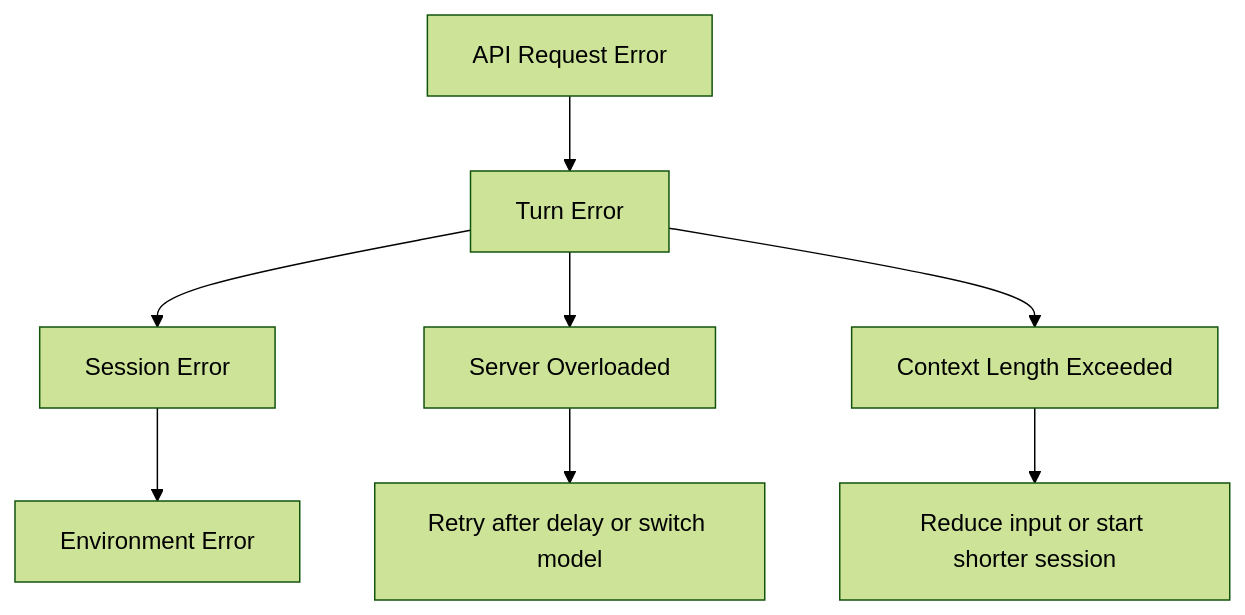
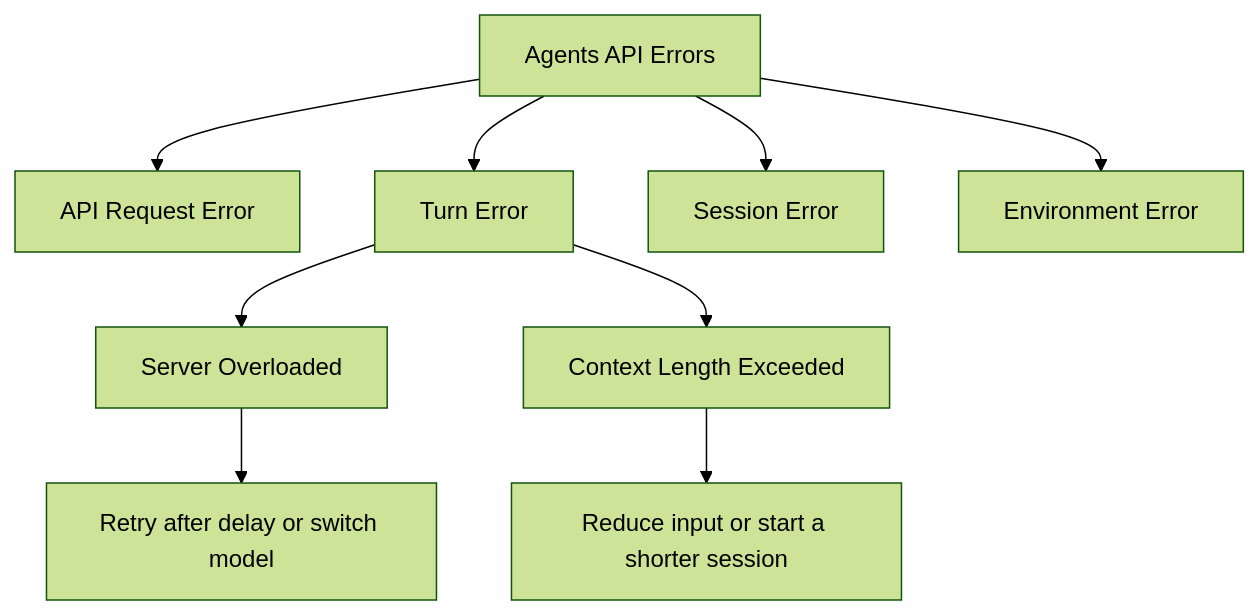
One commit to mfontenele/contentforge-blog changed the diagram in content/posts/2026-11-23-openai-codex-reliability-error-handling-and-recovery-patterns.md. Above: the diagram before and after it, drawn with Mermaid (forest theme). The commit also changed other lines of this file, not shown here.

Commit message:
fix(content): revise post - OpenAI Codex: Error Handling and Recovery Patterns

````diff
--- a/content/posts/2026-11-23-openai-codex-reliability-error-handling-and-recovery-patterns.md
+++ b/content/posts/2026-11-23-openai-codex-reliability-error-handling-and-recovery-patterns.md
@@ -67,6 +67,12 @@
 ```mermaid
 flowchart TD
-    A[API Request Error] --> B[Turn Error] --> C[Session Error] --> D[Environment Error]
-    B --> E[Server Overloaded] --> F[Retry after delay or switch model]
-    B --> G[Context Length Exceeded] --> H[Reduce input or start shorter session]
+    Errors[Agents API Errors]
+    Errors --> API[API Request Error]
+    Errors --> Turn[Turn Error]
+    Errors --> Session[Session Error]
+    Errors --> Env[Environment Error]
+    Turn --> Over[Server Overloaded]
+    Turn --> Context[Context Length Exceeded]
+    Over --> Retry[Retry after delay or switch model]
+    Context --> Reduce[Reduce input or start a shorter session]
 ```
````
